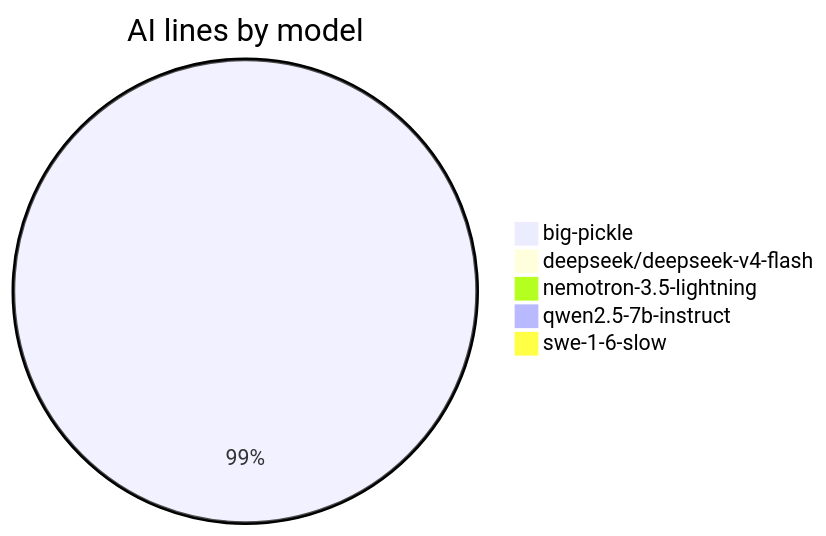
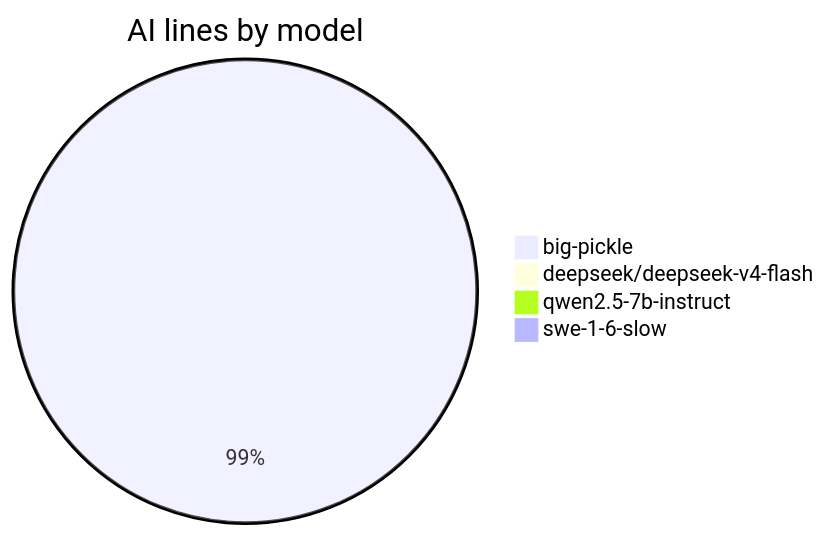
Before and after one commit to CaliMark/game-of-life: the third of 4 diagrams in AI-AUTHORSHIP.md, drawn with Mermaid. The commit also changed other lines of this file and 1 other file, not shown here.

````diff
--- a/AI-AUTHORSHIP.md
+++ b/AI-AUTHORSHIP.md
@@ -53,8 +44,7 @@
 ```mermaid
 pie title AI lines by model
     "big-pickle" : 605
     "deepseek/deepseek-v4-flash" : 1
-    "nemotron-3.5-lightning" : 1
     "qwen2.5-7b-instruct" : 3
     "swe-1-6-slow" : 2
 ```
````
